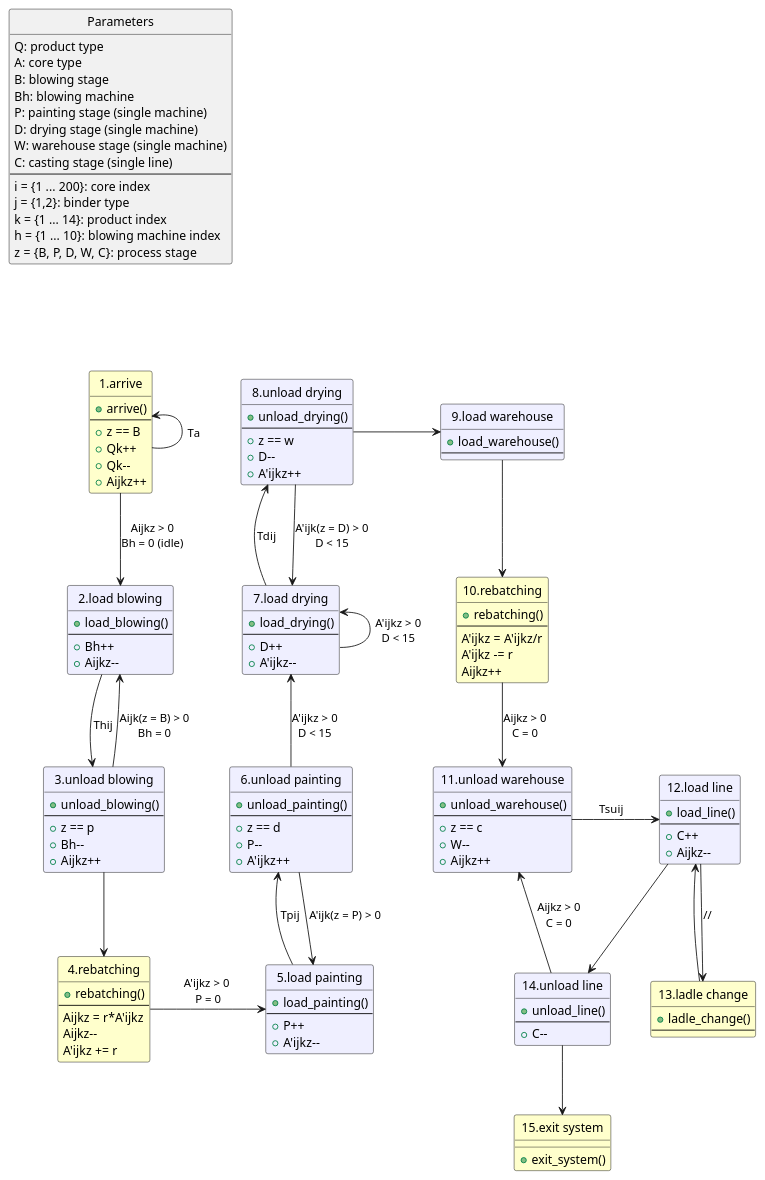
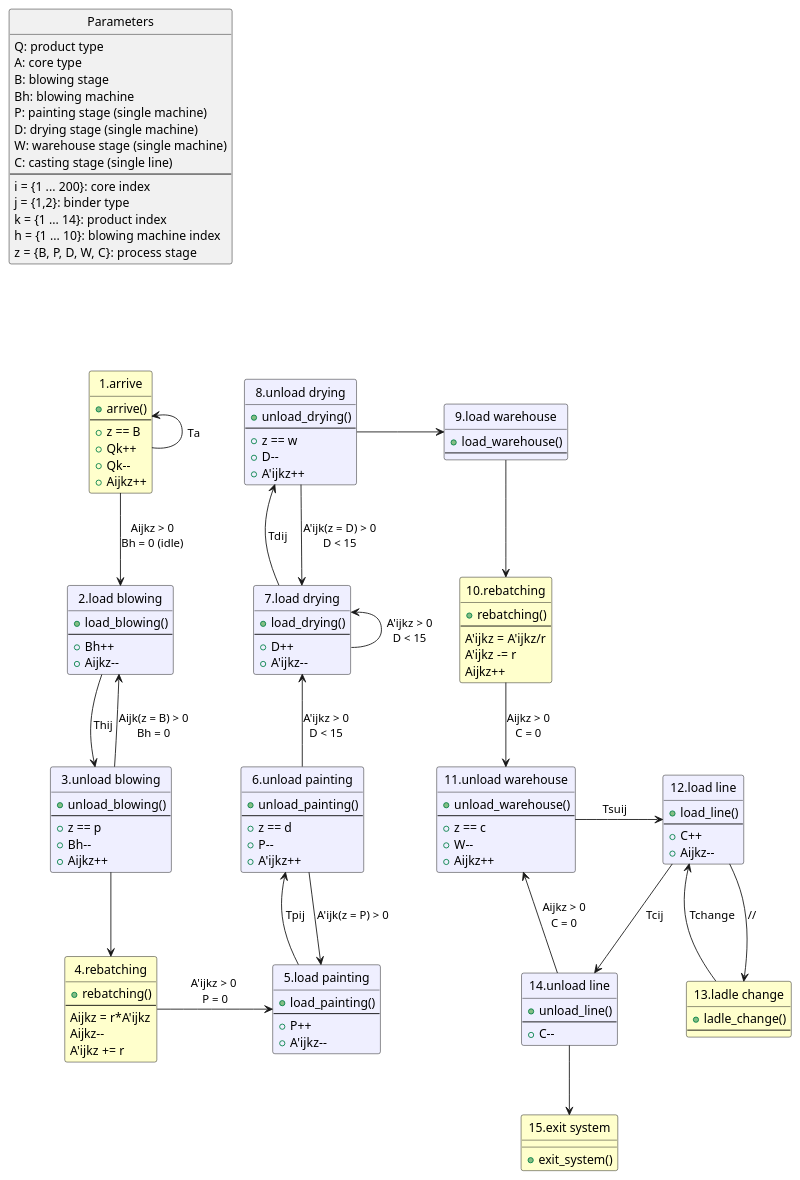
One commit to michlanz/faSimJulia changed the diagram in graph.puml. Above: the diagram before and after it, drawn with PlantUML.

Commit message:
fix tempi dimenticati

```diff
--- a/graph.puml
+++ b/graph.puml
@@ -1,177 +1,177 @@
 @startuml EventGraph
 hide circle
 hide stereotype
 
 skinparam class<<P>> {
     'BackgroundColor White
     FontColor Black
     BorderColor Black
 }
 skinparam class<<EG>> {
     BackgroundColor business
     FontColor Black
     BorderColor Black
 }
 skinparam class<<EL>> {
     BackgroundColor Motivation
     FontColor Black
     BorderColor Black
 }
 skinparam class<<EU>> {
     BackgroundColor Motivation
     FontColor Black
     BorderColor Black
 }
 
 'Parametri =====================================================
 class "Parameters" as params <<P>> {
     Q: product type
     A: core type
     B: blowing stage
     Bh: blowing machine
     P: painting stage (single machine)
     D: drying stage (single machine)
     W: warehouse stage (single machine)
     C: casting stage (single line)
     'x: units per cart (max 40)
     's: units per ladle
     --
     i = {1 ... 200}: core index
     j = {1,2}: binder type
     k = {1 ... 14}: product index
     h = {1 ... 10}: blowing machine index
     z = {B, P, D, W, C}: process stage
 }
 
 'Classi di evento =============================================
 class "1.arrive" as E1 <<EG>> {
     +arrive()
     --
     +z == B
     +Qk++
     +Qk--
     +Aijkz++
 }
 
 class "2.load blowing" as E2 <<EL>> {
     +load_blowing()
     --
     +Bh++
     +Aijkz--
 }
 
 class "3.unload blowing" as E3 <<EU>> {
     +unload_blowing()
     --
     +z == p
     +Bh--
     +Aijkz++
 }
 
 class "4.rebatching" as E4 <<EG>> {
     +rebatching()
     --
     Aijkz = r*A'ijkz
     Aijkz--
     A'ijkz += r 
 }
 
 class "5.load painting" as E5 <<EL>> {
     +load_painting()
     --
     +P++
     +A'ijkz--
 }
 
 class "6.unload painting" as E6 <<EU>> {
     +unload_painting()
     --
     +z == d
     +P--
     +A'ijkz++
 }
 
 class "7.load drying" as E7 <<EL>> {
     +load_drying()
     --
     +D++
     +A'ijkz--
 }
 
 class "8.unload drying" as E8 <<EU>> {
     +unload_drying()
     --
     +z == w
     +D--
     +A'ijkz++
 }
 
 class "9.load warehouse" as E9 <<EL>> {
     +load_warehouse()
     --
 }
 
 class "10.rebatching" as E10 <<EG>> {
     +rebatching()
     --
     A'ijkz = A'ijkz/r
     A'ijkz -= r
     Aijkz++ 
 }
 
 class "11.unload warehouse" as E11 <<EU>> {
     +unload_warehouse()
     --
     +z == c
     +W--
     +Aijkz++
 }
 
 class "12.load line" as E12 <<EL>> {
     +load_line()
     --
     +C++
     +Aijkz--
 }
 
 class "13.ladle change" as E13 <<EG>> {
     +ladle_change()
     --
 }
 
 class "14.unload line" as E14 <<EU>> {
     +unload_line()
     --
     +C--
 }
 
 class "15.exit system" as E15 <<EG>> {
     +exit_system()
 }
 
 ' Archi =====================================================
 params -[hidden]--> E1
 E1 -up-> E1 : Ta
 E1 -down-> E2 : "Aijkz > 0\nBh = 0 (idle)"
 E2 -down-> E3 : Thij
 E3 -up-> E2 : "Aijk(z = B) > 0\nBh = 0"
 E3 -down-> E4
 E4 -right-> E5 : "      A'ijkz > 0       \nP = 0"
 E5 -up-> E6 : Tpij
 E6 -down-> E5 : "A'ijk(z = P) > 0"
 E6 -up-> E7 : "A'ijkz > 0\nD < 15"
 E7 -up-> E7 : "A'ijkz > 0\nD < 15"
 E7 -up-> E8 : Tdij
 E8 -down-> E7: "A'ijk(z = D) > 0\nD < 15"
 E8 -right-> E9: "                   "
 E9 -down-> E10
 E10 -down-> E11 : "Aijkz > 0\nC = 0"
 E11 -right-> E12: "    Tsuij       "
 E12 --> E13 : //
-E12 --> E14
-E13 --> E12
+E12 --> E14 : Tcij
+E13 --> E12 : Tchange
 E14 --> E11 : Aijkz > 0\nC = 0
 E14 --> E15
 
 
 @enduml
```
